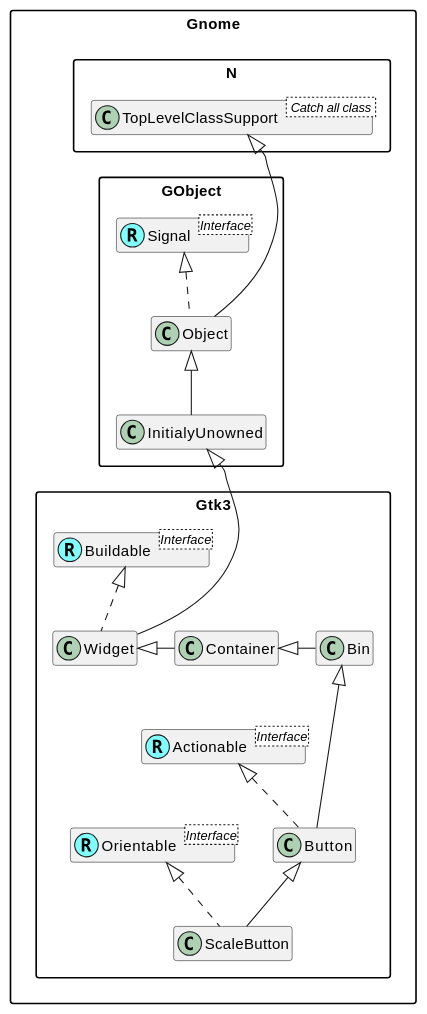
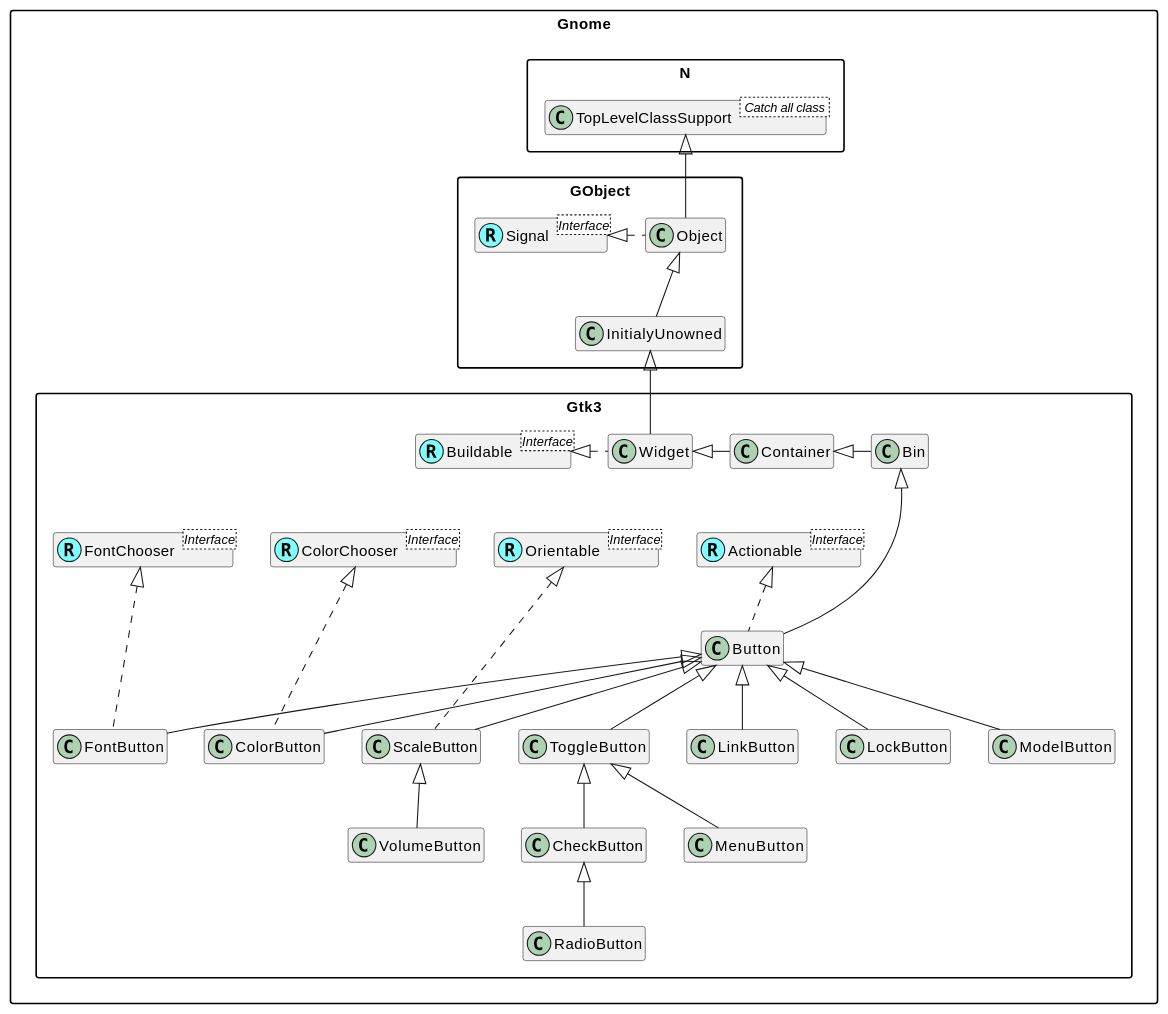
Before and after one commit to MARTIMM/gnome-gtk3: the diagram in doc/plantuml/buttons.md, drawn with PlantUML. The commit also changed other lines of this file and 1 other file, not shown here.

Commit message:
uml diagram for all buttons

````diff
--- a/doc/plantuml/buttons.md
+++ b/doc/plantuml/buttons.md
@@ -1,70 +1,75 @@
 ```plantuml
 @startuml
 'scale 0.9
 skinparam packageStyle rectangle
 skinparam stereotypeCBackgroundColor #80ffff
 set namespaceSeparator ::
 hide members
 
 
 'Class and interface decorations
 class Gnome::N::TopLevelClassSupport < Catch all class >
 
 Interface Gnome::GObject::Signal <Interface>
 class Gnome::GObject::Signal <<(R,#80ffff)>>
 
 Interface Gnome::Gtk3::Buildable <Interface>
 class Gnome::Gtk3::Buildable <<(R,#80ffff)>>
 
 Interface Gnome::Gtk3::Actionable <Interface>
 class Gnome::Gtk3::Actionable <<(R,#80ffff)>>
 
 Interface Gnome::Gtk3::Orientable <Interface>
 class Gnome::Gtk3::Orientable <<(R,#80ffff)>>
 
+Interface Gnome::Gtk3::ColorChooser <Interface>
+class Gnome::Gtk3::ColorChooser <<(R,#80ffff)>>
+
+Interface Gnome::Gtk3::FontChooser <Interface>
+class Gnome::Gtk3::FontChooser <<(R,#80ffff)>>
 
 
-Gnome::N::TopLevelClassSupport <|--- Gnome::GObject::Object
+
+'Class references
+
+Gnome::N::TopLevelClassSupport <|-- Gnome::GObject::Object
 Gnome::GObject::Object <|-- Gnome::GObject::InitialyUnowned
 'Gnome::GObject::Object *-> Gnome::GObject::Signal
-Gnome::GObject::Signal <|.. Gnome::GObject::Object
+Gnome::GObject::Signal <|. Gnome::GObject::Object
 
-Gnome::GObject::InitialyUnowned <|--- Gnome::Gtk3::Widget
+Gnome::GObject::InitialyUnowned <|-- Gnome::Gtk3::Widget
 
 Gnome::Gtk3::Widget <|- Gnome::Gtk3::Container
 Gnome::Gtk3::Container <|- Gnome::Gtk3::Bin
 Gnome::Gtk3::Bin <|--- Gnome::Gtk3::Button
 
 
 
-class Gnome::Gtk3::Widget implements Gnome::Gtk3::Buildable
+Gnome::Gtk3::Buildable <|. Gnome::Gtk3::Widget
 
-class Gnome::Gtk3::Button implements Gnome::Gtk3::Actionable
+Gnome::Gtk3::Actionable <|.. Gnome::Gtk3::Button
 
-'Interface Gnome::Gtk3::Orientable <Interface>
-'Gnome::Gtk3::Orientable <|-- Gnome::Gtk3::ScaleButton
-class Gnome::Gtk3::ScaleButton implements Gnome::Gtk3::Orientable
+Gnome::Gtk3::Orientable <|... Gnome::Gtk3::ScaleButton
 
-'Interface Gnome::Gtk3::ColorChooser <Interface>
-'Gnome::Gtk3::ColorChooser <|-- Gnome::Gtk3::ColorButton
+Gnome::Gtk3::ColorChooser <|... Gnome::Gtk3::ColorButton
 
-'Interface Gnome::Gtk3::FontChooser <Interface>
-'Gnome::Gtk3::FontChooser <|-- Gnome::Gtk3::FontButton
+Gnome::Gtk3::FontChooser <|... Gnome::Gtk3::FontButton
 
 'Gnome::GObject <--[hidden]- Gnome::Gtk3
 
 
 
-'Gnome::Gtk3::Button <|-- Gnome::Gtk3::ToggleButton
-'Gnome::Gtk3::Button <|-- Gnome::Gtk3::ColorButton
-'Gnome::Gtk3::ToggleButton <|-- Gnome::Gtk3::CheckButton
-'Gnome::Gtk3::ToggleButton <|-- Gnome::Gtk3::MenuButton
-'Gnome::Gtk3::CheckButton <|-- Gnome::Gtk3::RadioButton
-'Gnome::Gtk3::Button <|--- Gnome::Gtk3::FontButton
-'Gnome::Gtk3::Button <|-- Gnome::Gtk3::LinkButton
-'Gnome::Gtk3::Button <|-- Gnome::Gtk3::LockButton
-'Gnome::Gtk3::Button <|-- Gnome::Gtk3::ModelButton
+Gnome::Gtk3::Button <|-- Gnome::Gtk3::ToggleButton
+Gnome::Gtk3::Button <|-- Gnome::Gtk3::ColorButton
+Gnome::Gtk3::ToggleButton <|-- Gnome::Gtk3::CheckButton
+Gnome::Gtk3::ToggleButton <|-- Gnome::Gtk3::MenuButton
+Gnome::Gtk3::CheckButton <|-- Gnome::Gtk3::RadioButton
+Gnome::Gtk3::Button <|-- Gnome::Gtk3::FontButton
+Gnome::Gtk3::Button <|-- Gnome::Gtk3::LinkButton
+Gnome::Gtk3::Button <|-- Gnome::Gtk3::LockButton
+Gnome::Gtk3::Button <|-- Gnome::Gtk3::ModelButton
 Gnome::Gtk3::Button <|-- Gnome::Gtk3::ScaleButton
-'Gnome::Gtk3::ScaleButton <|-- Gnome::Gtk3::VolumeButton
+Gnome::Gtk3::ScaleButton <|-- Gnome::Gtk3::VolumeButton
+
 @enduml
 ```
````
